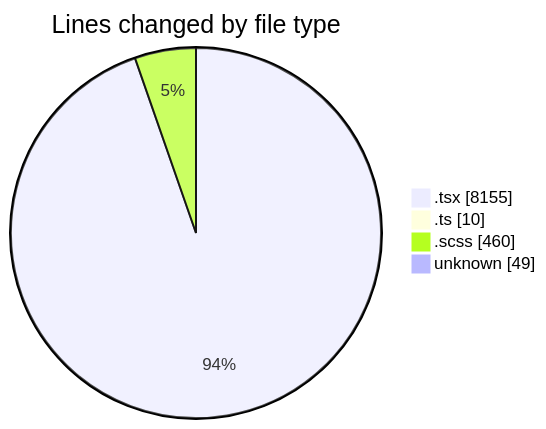
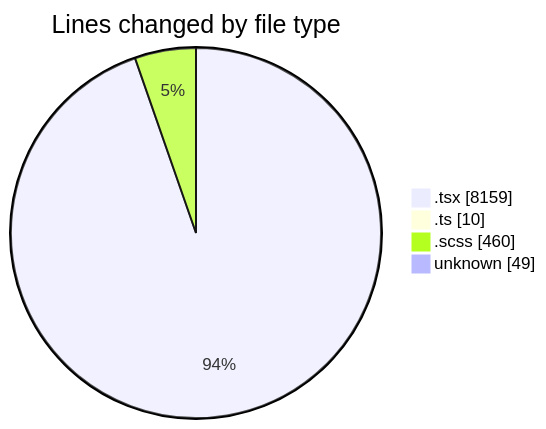
The first of 2 diagrams in 2025-11-17/cda/README.md (momahboobian/code-tracking), drawn with Mermaid before and after one commit. The commit also changed other lines of this file and 1 other file, not shown here.

````diff
--- a/2025-11-17/cda/README.md
+++ b/2025-11-17/cda/README.md
@@ -35,8 +35,8 @@
 ```mermaid
 pie showData
 title Lines changed by file type
-".tsx" : 8155
+".tsx" : 8159
 ".ts" : 10
 ".scss" : 460
 "unknown" : 49
 ```
````
